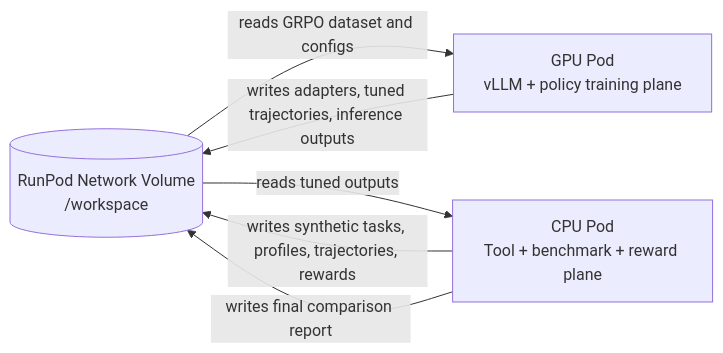
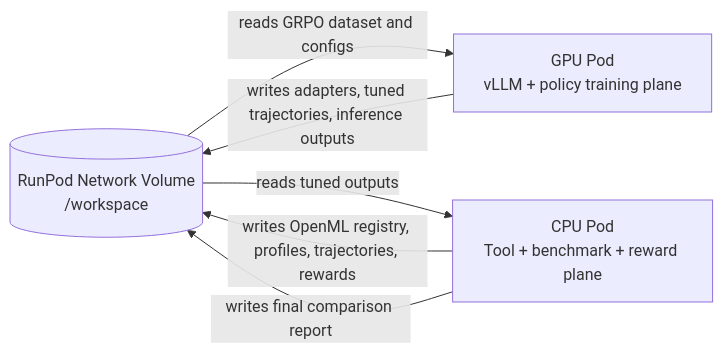
One commit to keshavnath1/Agent-lightening-RL changed the diagram in docs/runpod_cpu_gpu_setup_and_connection_guide.md. Above: the diagram before and after it, drawn with Mermaid. The commit also changed other lines of this file and 11 other files, not shown here.

Commit message:
Refresh docs for current GRPO E2E flow

````diff
--- a/docs/runpod_cpu_gpu_setup_and_connection_guide.md
+++ b/docs/runpod_cpu_gpu_setup_and_connection_guide.md
@@ -47,11 +47,11 @@
 ```mermaid
 flowchart LR
     NV[(RunPod Network Volume\n/workspace)]
     CPU[CPU Pod\nTool + benchmark + reward plane]
     GPU[GPU Pod\nvLLM + policy training plane]
-    CPU -->|writes synthetic tasks, profiles, trajectories, rewards| NV
+    CPU -->|writes OpenML registry, profiles, trajectories, rewards| NV
     NV -->|reads GRPO dataset and configs| GPU
     GPU -->|writes adapters, tuned trajectories, inference outputs| NV
     NV -->|reads tuned outputs| CPU
     CPU -->|writes final comparison report| NV
 ```
````
